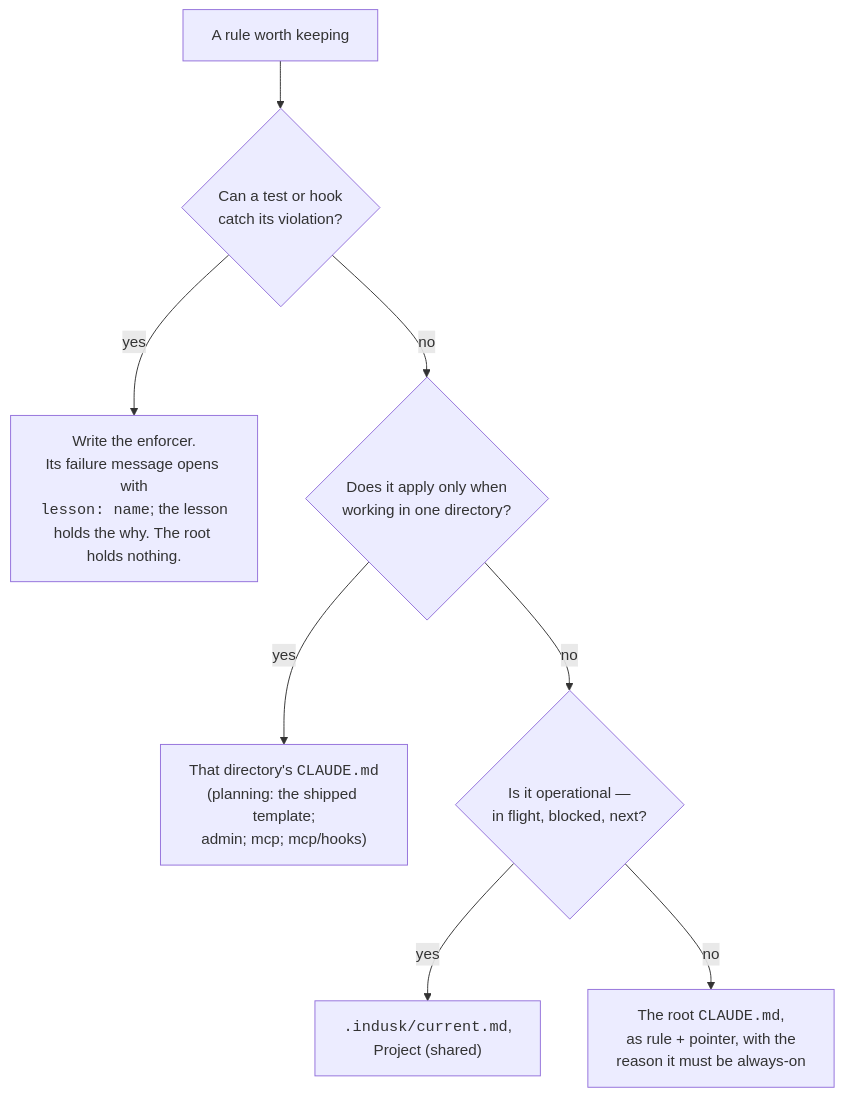
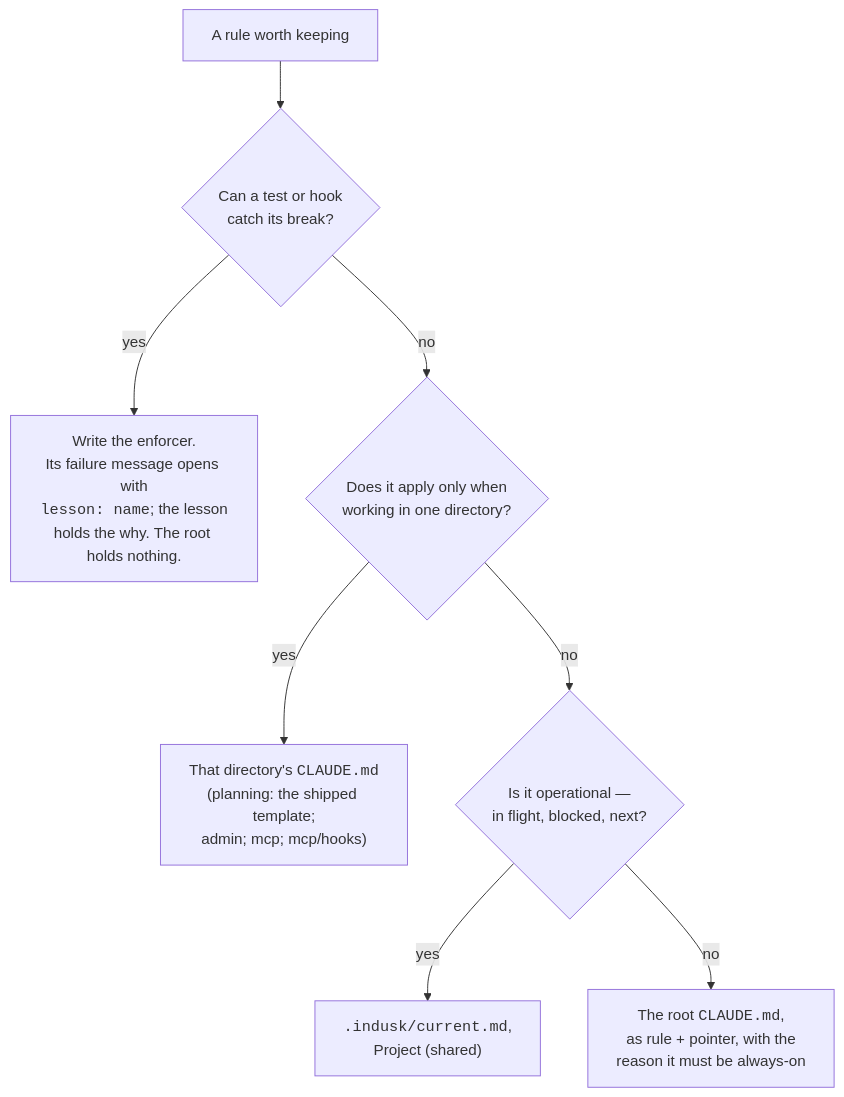
The diagram in apps/docs/src/guide/context-tiers.md (infinitedusky/indusk), drawn with Mermaid before and after one commit. The commit also changed 27 other files, not shown here.

````diff
--- a/apps/docs/src/guide/context-tiers.md
+++ b/apps/docs/src/guide/context-tiers.md
@@ -76,10 +76,10 @@
 ```mermaid
 flowchart TD
-    R["A rule worth keeping"] --> Q1{"Can a test or hook<br/>catch its violation?"}
+    R["A rule worth keeping"] --> Q1{"Can a test or hook<br/>catch its break?"}
     Q1 -- yes --> E["Write the enforcer.<br/>Its failure message opens with<br/><code>lesson: name</code>; the lesson<br/>holds the why. The root holds nothing."]
     Q1 -- no --> Q2{"Does it apply only when<br/>working in one directory?"}
     Q2 -- yes --> D["That directory's <code>CLAUDE.md</code><br/>(planning: the shipped template;<br/>admin; mcp; mcp/hooks)"]
     Q2 -- no --> Q3{"Is it operational —<br/>in flight, blocked, next?"}
     Q3 -- yes --> C["<code>.indusk/current.md</code>,<br/>Project (shared)"]
     Q3 -- no --> O["The root <code>CLAUDE.md</code>,<br/>as rule + pointer, with the<br/>reason it must be always-on"]
 ```
````
